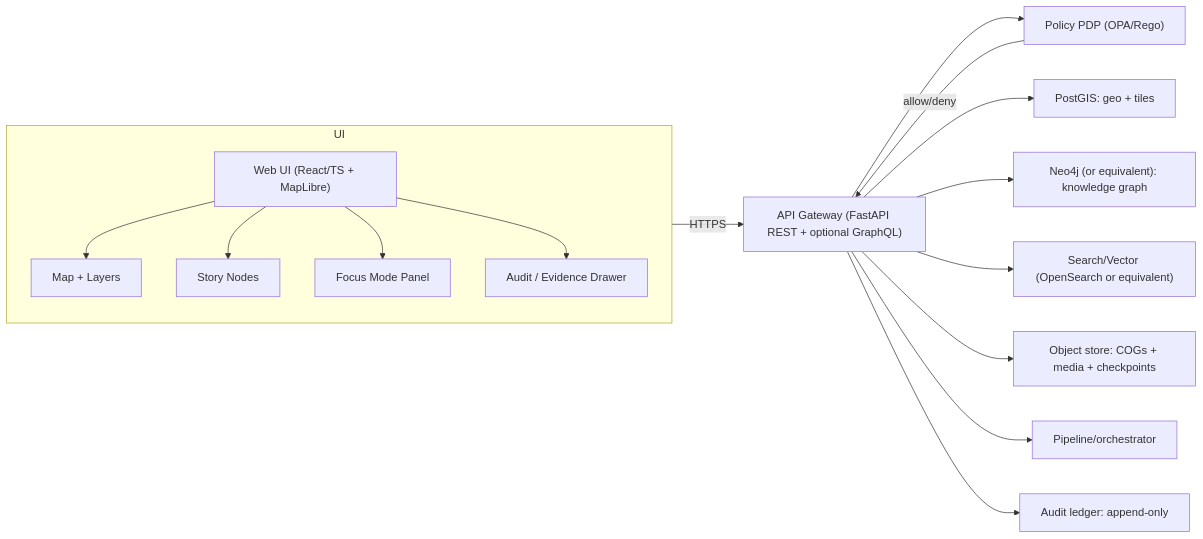
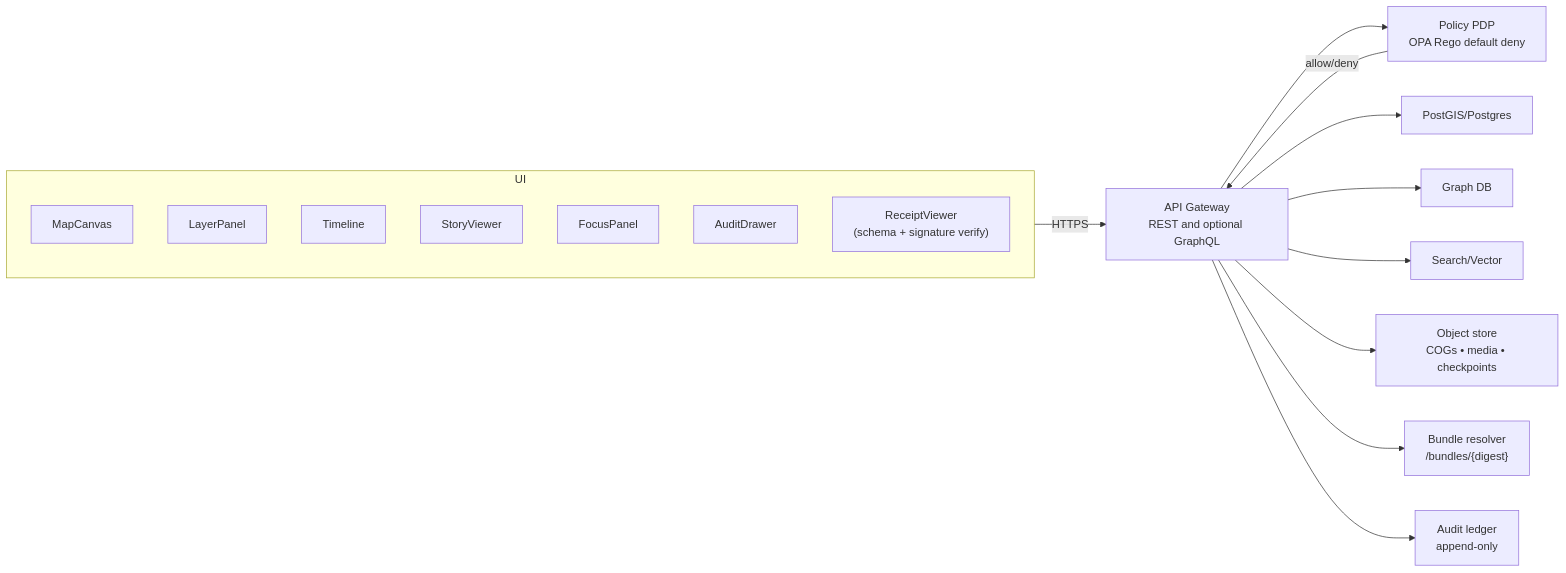
One commit to bartytime4life/Kansas-Frontier-Matrix changed the second of 5 diagrams in README.md. Above: the diagram before and after it, drawn with Mermaid. The commit also changed other lines of this file, not shown here.

````diff
--- a/README.md
+++ b/README.md
@@ -233,26 +274,24 @@
 ```mermaid
 flowchart LR
   subgraph UI
     direction TB
-    UI_T["Web UI (React/TS + MapLibre)"]
-    Map["Map + Layers"]
-    Story["Story Nodes"]
-    Focus["Focus Mode Panel"]
-    Audit["Audit / Evidence Drawer"]
-    UI_T --> Map
-    UI_T --> Story
-    UI_T --> Focus
-    UI_T --> Audit
+    MapCanvas["MapCanvas"]
+    LayerPanel["LayerPanel"]
+    Timeline["Timeline"]
+    StoryViewer["StoryViewer"]
+    FocusPanel["FocusPanel"]
+    AuditDrawer["AuditDrawer"]
+    ReceiptViewer["ReceiptViewer<br/>(schema + signature verify)"]
   end
 
-  UI_T -->|"HTTPS"| GW["API Gateway (FastAPI REST + optional GraphQL)"]
-  GW --> PDP["Policy PDP (OPA/Rego)"]
+  UI -->|"HTTPS"| GW["API Gateway<br/>REST and optional GraphQL"]
+  GW --> PDP["Policy PDP<br/>OPA Rego default deny"]
   PDP -->|"allow/deny"| GW
 
-  GW --> PG["PostGIS: geo + tiles"]
-  GW --> KG["Neo4j (or equivalent): knowledge graph"]
-  GW --> SV["Search/Vector (OpenSearch or equivalent)"]
-  GW --> OBJ["Object store: COGs + media + checkpoints"]
-  GW --> PL["Pipeline/orchestrator"]
-  GW --> AL["Audit ledger: append-only"]
+  GW --> PG["PostGIS/Postgres"]
+  GW --> KG["Graph DB"]
+  GW --> SV["Search/Vector"]
+  GW --> OBJ["Object store<br/>COGs • media • checkpoints"]
+  GW --> BR["Bundle resolver<br/>/bundles/{digest}"]
+  GW --> AL["Audit ledger<br/>append-only"]
 ```
````
